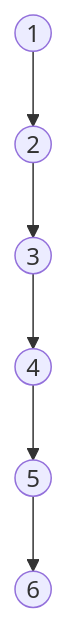
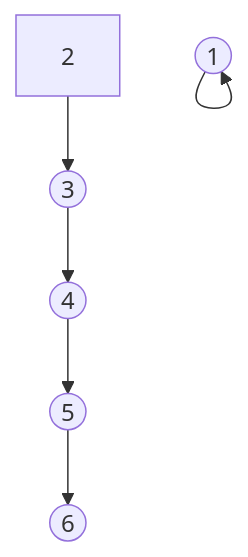
Before and after one commit to iFlicker/AndroidKnowledge: the second of 10 diagrams in docs/1.计算机基础/1.3.数据结构与算法/1.3.1.数据结构/1.3.1.6.树.md, drawn with Mermaid. The commit also changed other lines of this file and 31 other files, not shown here.

Commit message:
修复1.计算机基础所有mermaid语法错误

````diff
--- a/docs/1.计算机基础/1.3.数据结构与算法/1.3.1.数据结构/1.3.1.6.树.md
+++ b/docs/1.计算机基础/1.3.数据结构与算法/1.3.1.数据结构/1.3.1.6.树.md
@@ -456,8 +456,8 @@
 ```mermaid
 graph TD
-    1((1)) --> 2((2))
-    2 --> 3((3))
-    3 --> 4((4))
-    4 --> 5((5))
-    5 --> 6((6))
+    1(("1")) --> 1(("1"))
+    2 --> 3(("3"))
+    3 --> 4(("4"))
+    4 --> 5(("5"))
+    5 --> 6(("6"))
 ```
````
